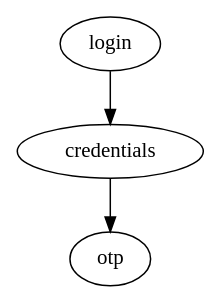
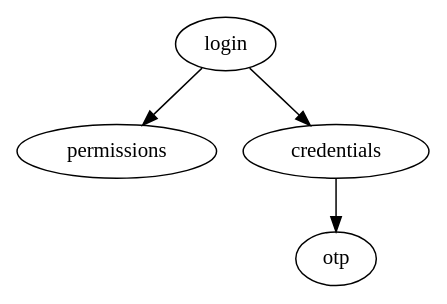
One commit to appKODE/way changed the diagram in sample-compose/login/routing/src/main/way/login-flow.dot. Above: the diagram before and after it, drawn with Graphviz. The commit also changed 4 other files, not shown here.

Commit message:
Use generated schema-node targets in the sample

```diff
--- a/sample-compose/login/routing/src/main/way/login-flow.dot
+++ b/sample-compose/login/routing/src/main/way/login-flow.dot
@@ -1,8 +1,9 @@
 digraph Login {
   package = "ru.kode.way.sample.compose.login.routing"
   login [type=flow, resultType = "ru.kode.way.sample.compose.login.routing.LoginFlowResult"]
+  permissions [type=schema, resultType = "ru.kode.way.sample.compose.permissions.routing.PermissionsFlowResult"]
+
   login -> credentials -> otp
 
-  // TODO permissions flow
-  // login -> permissions
+  login -> permissions
 }
```
